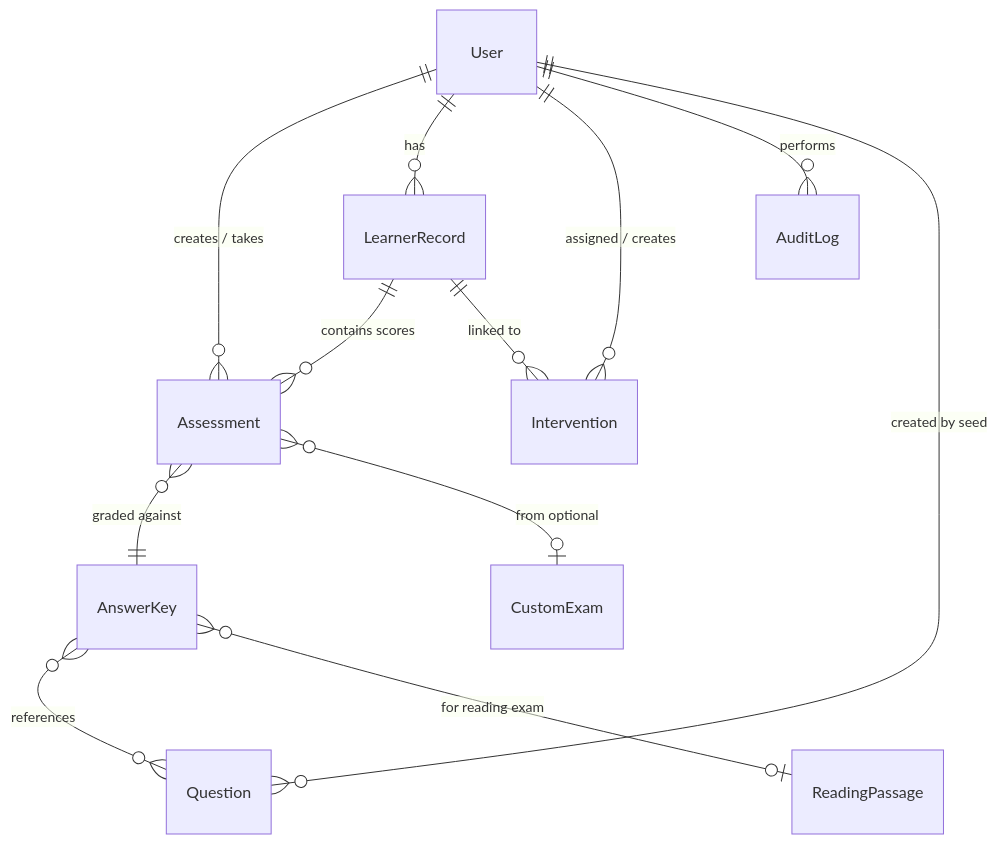
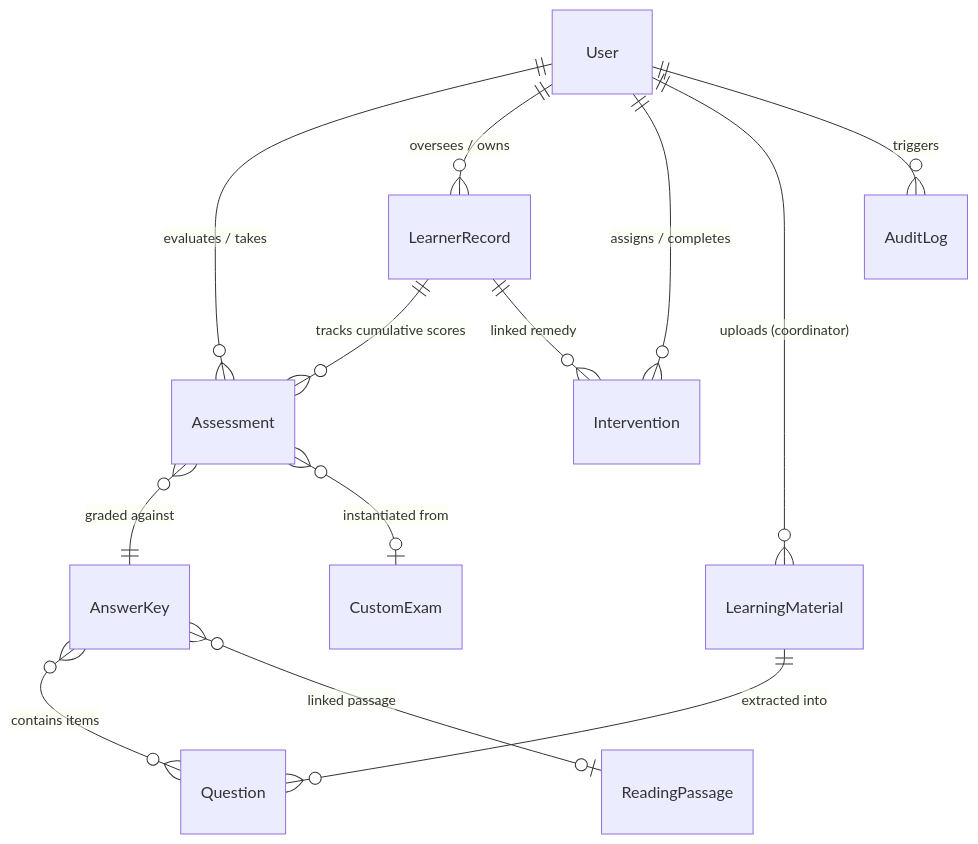
Before and after one commit to MPedrealba/AralSync: the seventh of 7 diagrams in SYSTEM_FLOW.md, drawn with Mermaid. The commit also changed other lines of this file and 24 other files, not shown here.

````diff
--- a/SYSTEM_FLOW.md
+++ b/SYSTEM_FLOW.md
@@ -299,17 +295,19 @@
 ```mermaid
 erDiagram
-    User ||--o{ Assessment : "creates / takes"
-    User ||--o{ LearnerRecord : "has"
-    User ||--o{ Intervention : "assigned / creates"
-    User ||--o{ AuditLog : "performs"
+    User ||--o{ Assessment : "evaluates / takes"
+    User ||--o{ LearnerRecord : "oversees / owns"
+    User ||--o{ Intervention : "assigns / completes"
+    User ||--o{ LearningMaterial : "uploads (coordinator)"
+    User ||--o{ AuditLog : "triggers"
 
     Assessment }o--|| AnswerKey : "graded against"
-    Assessment }o--o| CustomExam : "from optional"
-    AnswerKey }o--o{ Question : "references"
-    AnswerKey }o--o| ReadingPassage : "for reading exam"
+    Assessment }o--o| CustomExam : "instantiated from"
 
-    LearnerRecord ||--o{ Assessment : "contains scores"
-    LearnerRecord ||--o{ Intervention : "linked to"
+    AnswerKey }o--o{ Question : "contains items"
+    AnswerKey }o--o| ReadingPassage : "linked passage"
 
-    Question }o--|| User : "created by seed"
+    LearningMaterial ||--o{ Question : "extracted into"
+
+    LearnerRecord ||--o{ Assessment : "tracks cumulative scores"
+    LearnerRecord ||--o{ Intervention : "linked remedy"
 ```
````
